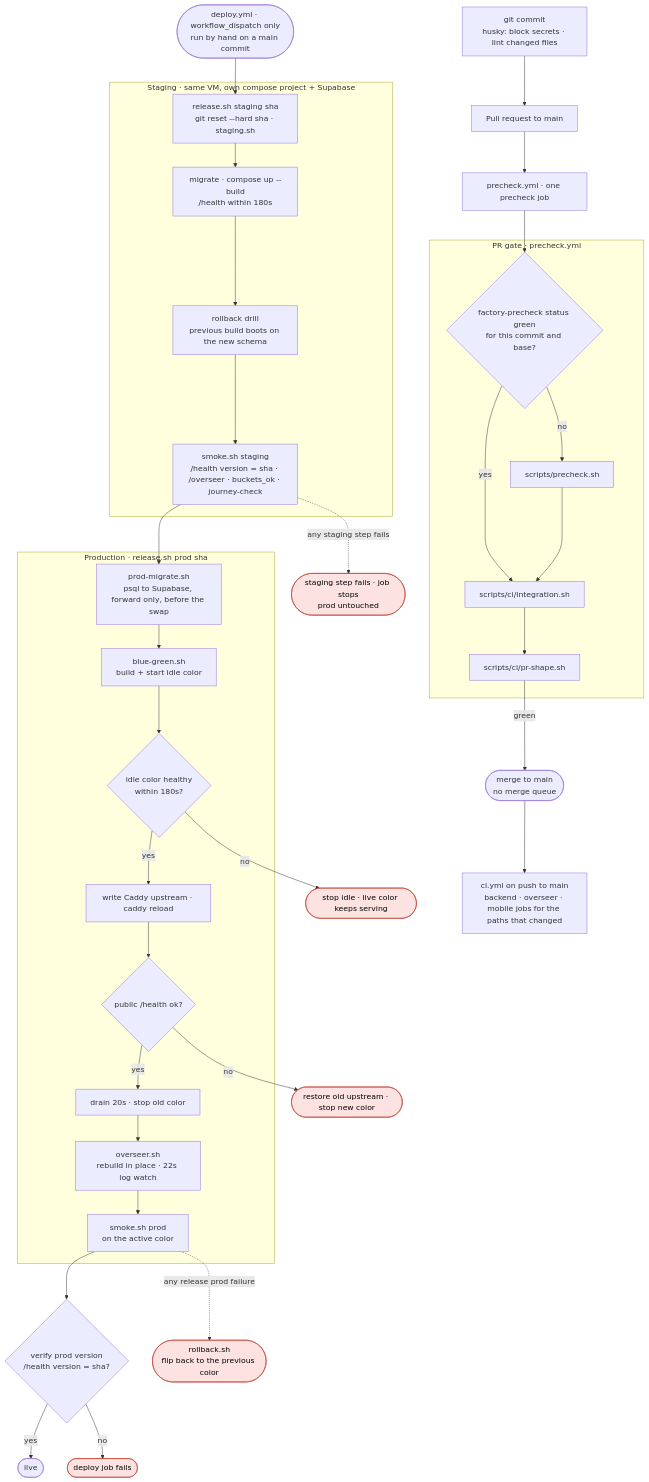
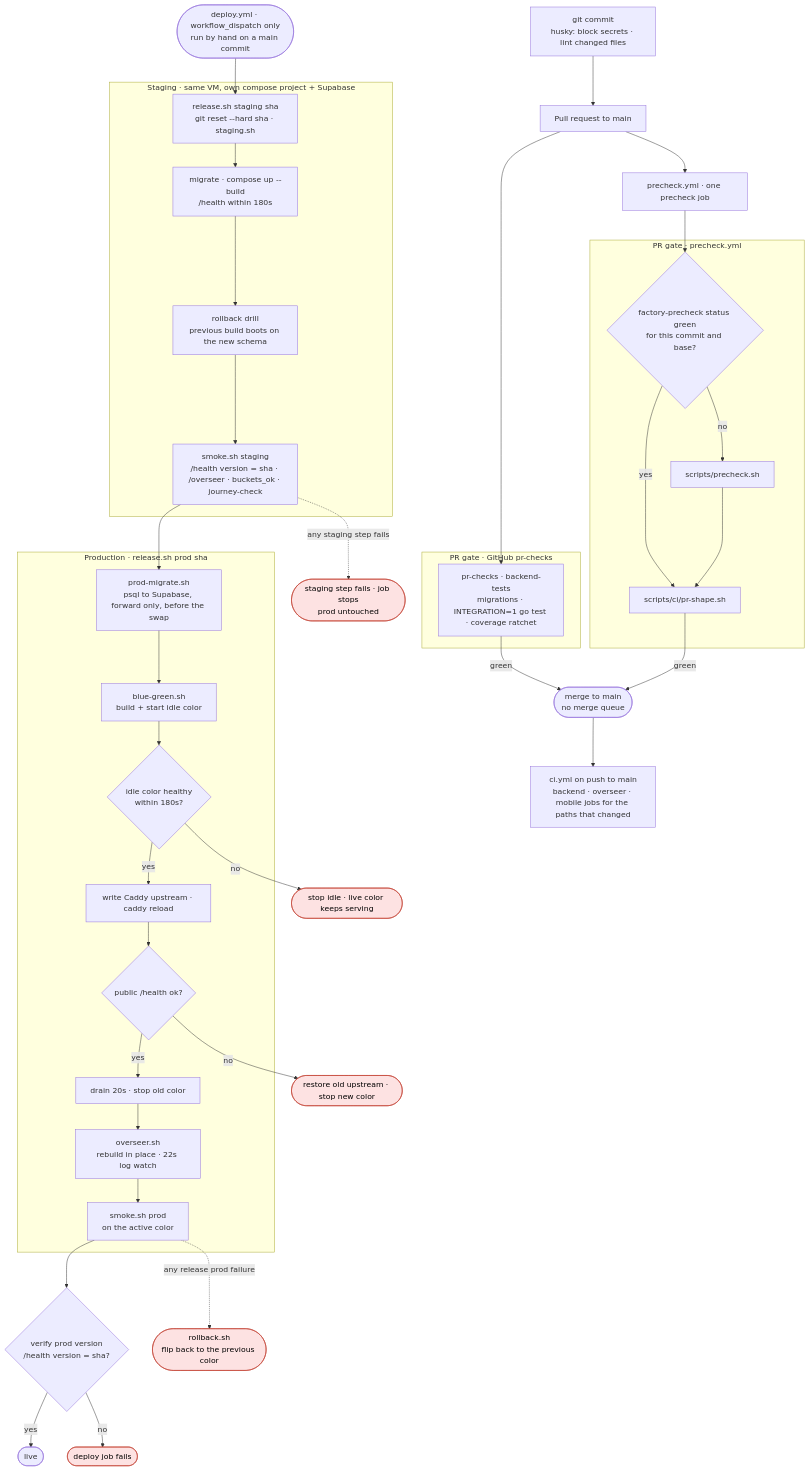
One commit to aleburrascano/altune changed the first of 2 diagrams in docs/diagrams/delivery.md. Above: the diagram before and after it, drawn with Mermaid. The commit also changed 5 other files, not shown here.

````diff
--- a/docs/diagrams/delivery.md
+++ b/docs/diagrams/delivery.md
@@ -7,59 +7,64 @@
 ```mermaid
 flowchart TD
     commit["git commit<br/>husky: block secrets · lint changed files"] --> pr["Pull request to main"]
     pr --> precheck["precheck.yml · one precheck job"]
 
     subgraph gate [PR gate · precheck.yml]
         trusted{"factory-precheck status green<br/>for this commit and base?"}
         full["scripts/precheck.sh"]
-        integ["scripts/ci/integration.sh"]
         shape["scripts/ci/pr-shape.sh"]
-        trusted -->|yes| integ
-        trusted -->|no| full --> integ --> shape
+        trusted -->|yes| shape
+        trusted -->|no| full --> shape
+    end
+
+    subgraph ghgate [PR gate · GitHub pr-checks]
+        ghtests["pr-checks · backend-tests<br/>migrations · INTEGRATION=1 go test · coverage ratchet"]
     end
 
     precheck --> trusted
+    pr --> ghtests
+    ghtests -->|green| main
     shape -->|green| main(["merge to main<br/>no merge queue"])
     main --> ci["ci.yml on push to main<br/>backend · overseer · mobile jobs for the paths that changed"]
 
     dispatch(["deploy.yml · workflow_dispatch only<br/>run by hand on a main commit"])
 
     subgraph staging [Staging · same VM, own compose project + Supabase]
         st_release["release.sh staging sha<br/>git reset --hard sha · staging.sh"]
         st_up["migrate · compose up --build<br/>/health within 180s"]
         drill["rollback drill<br/>previous build boots on the new schema"]
         smoke["smoke.sh staging<br/>/health version = sha · /overseer · buckets_ok · journey-check"]
         st_release --> st_up --> drill --> smoke
     end
 
     dispatch --> st_release
 
     subgraph live_env [Production · release.sh prod sha]
         migrate["prod-migrate.sh<br/>psql to Supabase, forward only, before the swap"]
         build["blue-green.sh<br/>build + start idle color"]
         healthy{"idle color healthy<br/>within 180s?"}
         flip["write Caddy upstream · caddy reload"]
         verify{"public /health ok?"}
         drain["drain 20s · stop old color"]
         overseer["overseer.sh<br/>rebuild in place · 22s log watch"]
         psmoke["smoke.sh prod<br/>on the active color"]
         migrate --> build --> healthy
         healthy -->|yes| flip --> verify
         verify -->|yes| drain --> overseer --> psmoke
     end
 
     smoke --> migrate
     psmoke --> version{"verify prod version<br/>/health version = sha?"}
     version -->|yes| done(["live"])
 
     st_fail(["staging step fails · job stops<br/>prod untouched"])
     smoke -.->|any staging step fails| st_fail
     healthy -->|no| keep(["stop idle · live color keeps serving"])
     verify -->|no| restore(["restore old upstream · stop new color"])
     rollback(["rollback.sh<br/>flip back to the previous color"])
     psmoke -.->|any release prod failure| rollback
     version -->|no| vfail(["deploy job fails"])
 
     classDef fail fill:#fde2e2,stroke:#c0392b,color:#000
     class keep,restore,rollback,st_fail,vfail fail
 ```
````
